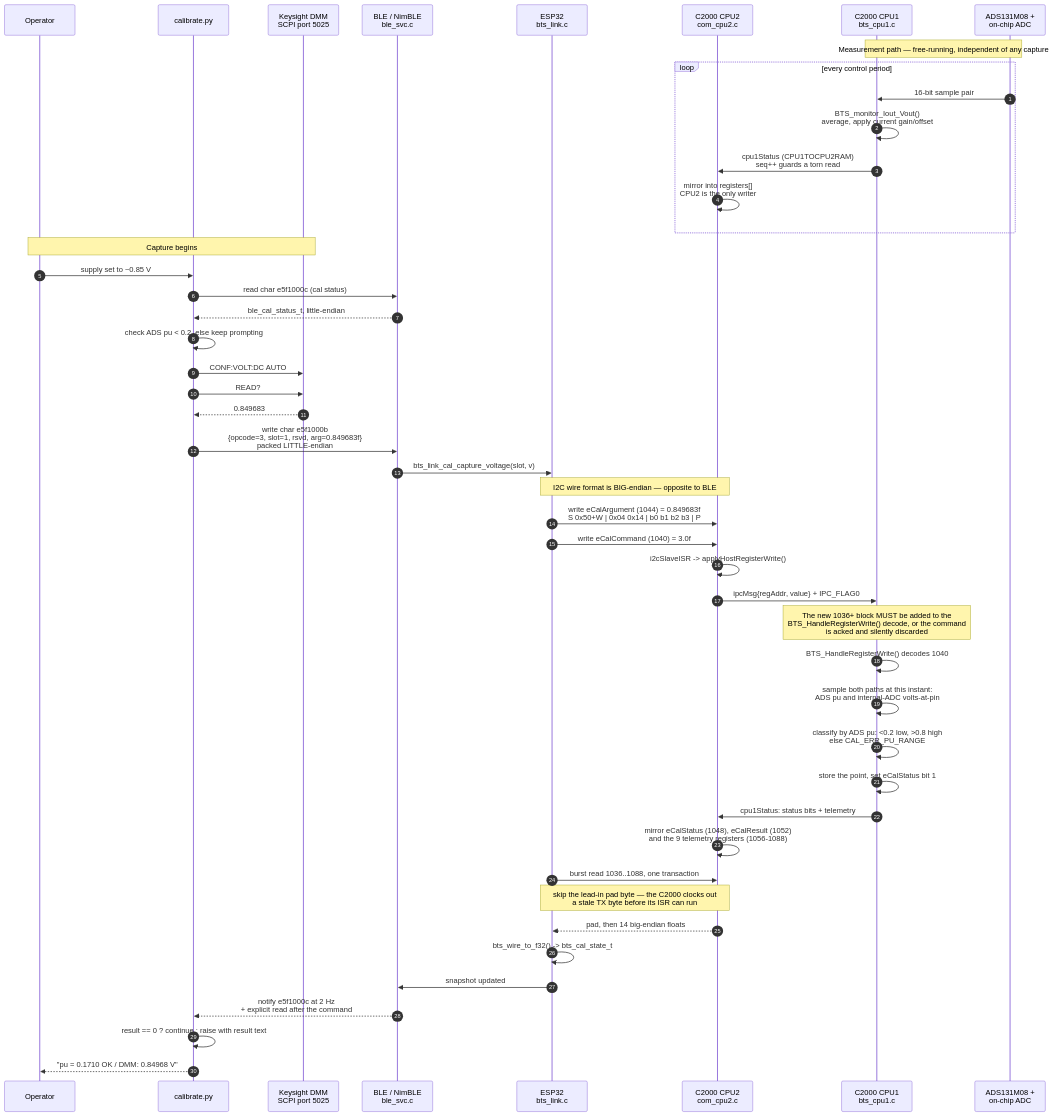
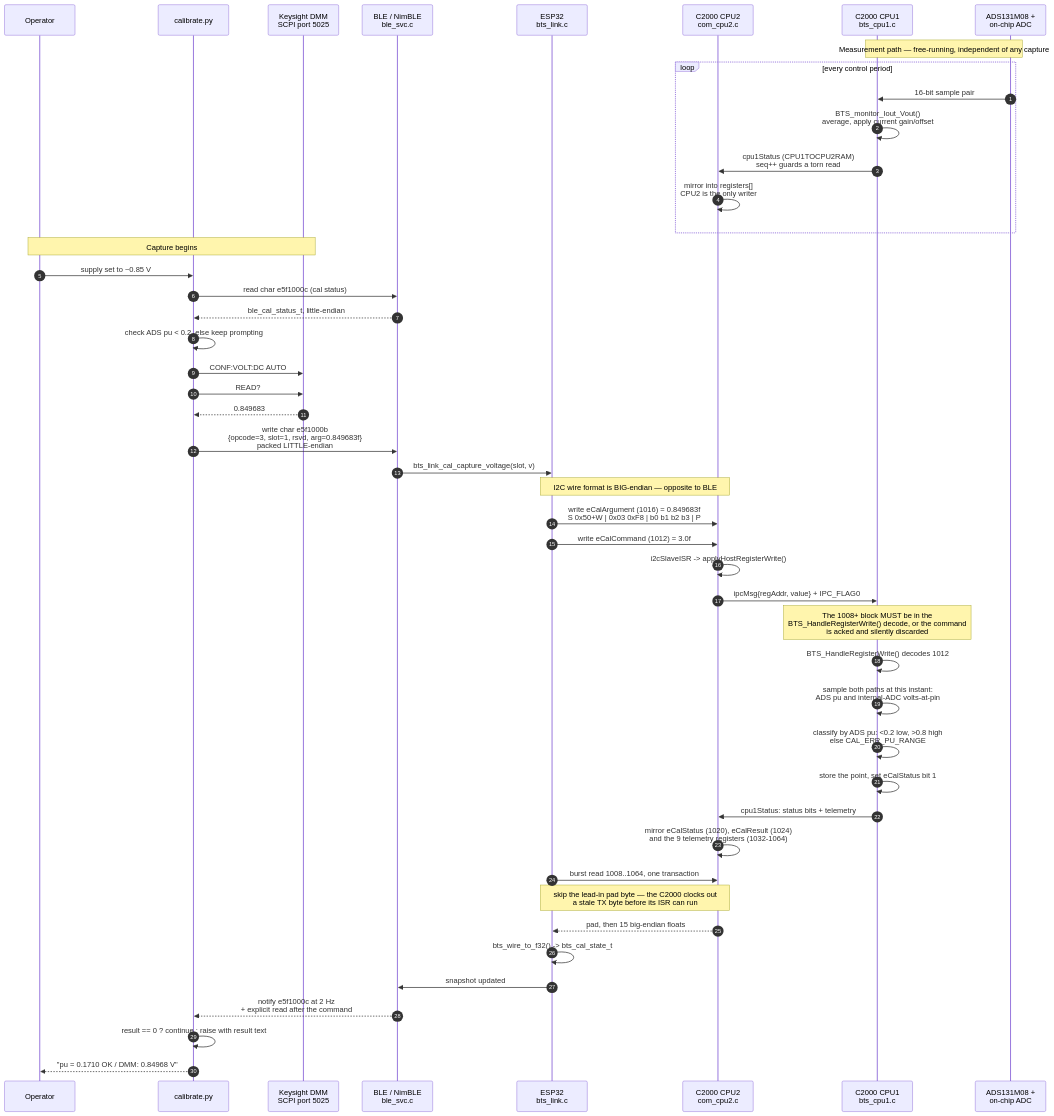
One commit to ArakniD/Lion-IRVT changed the third of 4 diagrams in Hardware/source/Docs/calibration-flow.md. Above: the diagram before and after it, drawn with Mermaid. The commit also changed 18 other files, not shown here.

````diff
--- a/Hardware/source/Docs/calibration-flow.md
+++ b/Hardware/source/Docs/calibration-flow.md
@@ -160,56 +160,56 @@
 ```mermaid
 sequenceDiagram
     autonumber
     participant OP as Operator
     participant PY as calibrate.py
     participant DMM as Keysight DMM<br/>SCPI port 5025
     participant BLE as BLE / NimBLE<br/>ble_svc.c
     participant ESP as ESP32<br/>bts_link.c
     participant C2 as C2000 CPU2<br/>com_cpu2.c
     participant C1 as C2000 CPU1<br/>bts_cpu1.c
     participant HW as ADS131M08 +<br/>on-chip ADC
 
     Note over C1,HW: Measurement path — free-running, independent of any capture
     loop every control period
         HW->>C1: 16-bit sample pair
         C1->>C1: BTS_monitor_Iout_Vout()<br/>average, apply current gain/offset
         C1->>C2: cpu1Status (CPU1TOCPU2RAM)<br/>seq++ guards a torn read
         C2->>C2: mirror into registers[]<br/>CPU2 is the only writer
     end
 
     Note over OP,DMM: Capture begins
     OP->>PY: supply set to ~0.85 V
     PY->>BLE: read char e5f1000c (cal status)
     BLE-->>PY: ble_cal_status_t, little-endian
     PY->>PY: check ADS pu < 0.2, else keep prompting
 
     PY->>DMM: CONF:VOLT:DC AUTO
     PY->>DMM: READ?
     DMM-->>PY: 0.849683
 
     PY->>BLE: write char e5f1000b<br/>{opcode=3, slot=1, rsvd, arg=0.849683f}<br/>packed LITTLE-endian
     BLE->>ESP: bts_link_cal_capture_voltage(slot, v)
 
     Note over ESP,C2: I2C wire format is BIG-endian — opposite to BLE
-    ESP->>C2: write eCalArgument (1044) = 0.849683f<br/>S 0x50+W | 0x04 0x14 | b0 b1 b2 b3 | P
-    ESP->>C2: write eCalCommand (1040) = 3.0f
+    ESP->>C2: write eCalArgument (1016) = 0.849683f<br/>S 0x50+W | 0x03 0xF8 | b0 b1 b2 b3 | P
+    ESP->>C2: write eCalCommand (1012) = 3.0f
     C2->>C2: i2cSlaveISR -> applyHostRegisterWrite()
     C2->>C1: ipcMsg{regAddr, value} + IPC_FLAG0
 
-    Note over C1: The new 1036+ block MUST be added to the<br/>BTS_HandleRegisterWrite() decode, or the command<br/>is acked and silently discarded
-    C1->>C1: BTS_HandleRegisterWrite() decodes 1040
+    Note over C1: The 1008+ block MUST be in the<br/>BTS_HandleRegisterWrite() decode, or the command<br/>is acked and silently discarded
+    C1->>C1: BTS_HandleRegisterWrite() decodes 1012
     C1->>C1: sample both paths at this instant:<br/>ADS pu and internal-ADC volts-at-pin
     C1->>C1: classify by ADS pu: <0.2 low, >0.8 high<br/>else CAL_ERR_PU_RANGE
     C1->>C1: store the point, set eCalStatus bit 1
     C1->>C2: cpu1Status: status bits + telemetry
 
-    C2->>C2: mirror eCalStatus (1048), eCalResult (1052)<br/>and the 9 telemetry registers (1056-1088)
-    ESP->>C2: burst read 1036..1088, one transaction
+    C2->>C2: mirror eCalStatus (1020), eCalResult (1024)<br/>and the 9 telemetry registers (1032-1064)
+    ESP->>C2: burst read 1008..1064, one transaction
     Note over ESP,C2: skip the lead-in pad byte — the C2000 clocks out<br/>a stale TX byte before its ISR can run
-    C2-->>ESP: pad, then 14 big-endian floats
+    C2-->>ESP: pad, then 15 big-endian floats
     ESP->>ESP: bts_wire_to_f32() -> bts_cal_state_t
     ESP->>BLE: snapshot updated
     BLE-->>PY: notify e5f1000c at 2 Hz<br/>+ explicit read after the command
     PY->>PY: result == 0 ? continue : raise with result text
     PY-->>OP: "pu = 0.1710 OK / DMM: 0.84968 V"
 ```
````
